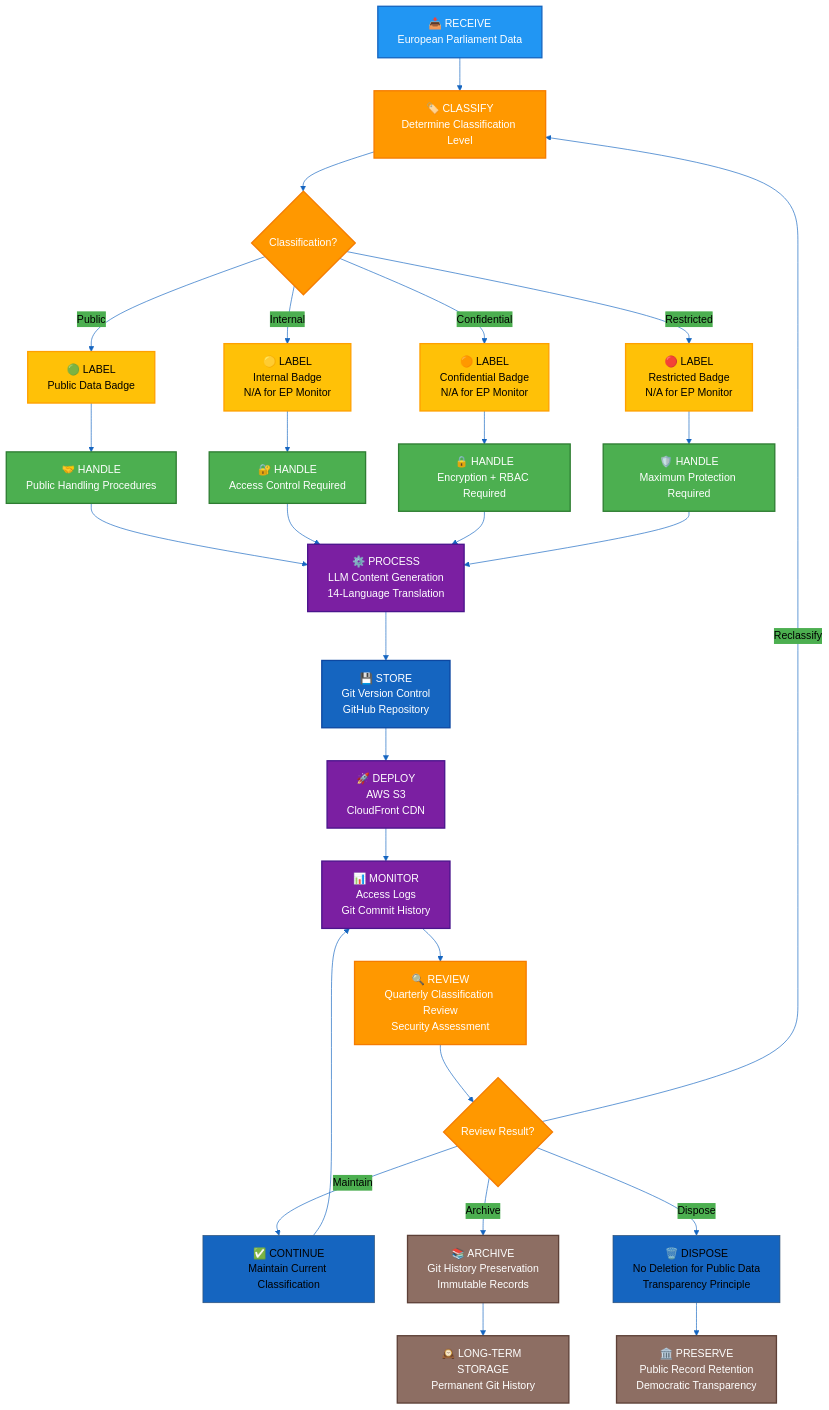
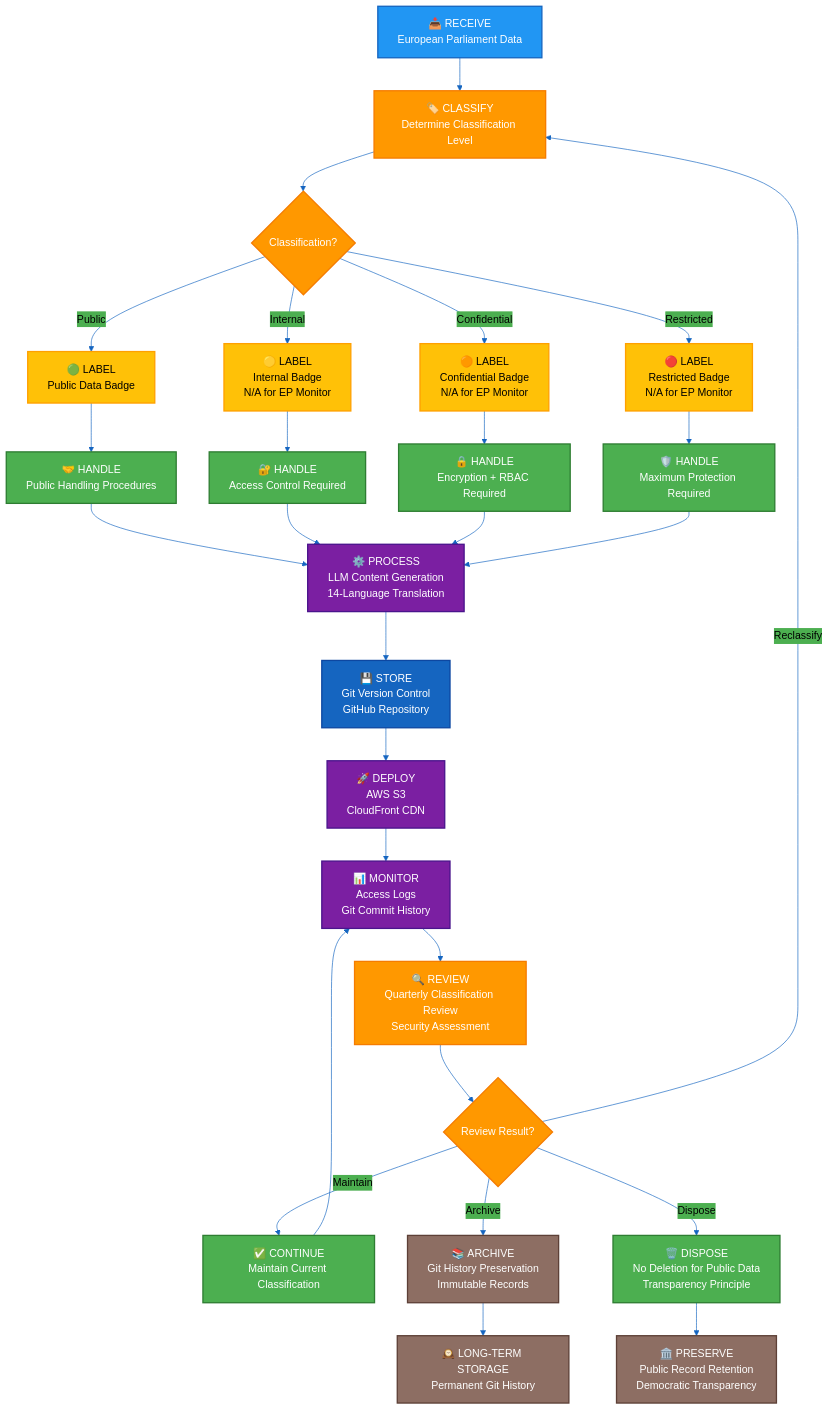
One commit to Hack23/euparliamentmonitor changed the fourth of 4 diagrams in CLASSIFICATION.md. Above: the diagram before and after it, drawn with Mermaid. The commit also changed other lines of this file, not shown here.

Commit message:
docs: fix GDPR accuracy, GPG signing claims, retention inconsistency, undefined classDef, TLS version, and SHA hash claims

````diff
--- a/CLASSIFICATION.md
+++ b/CLASSIFICATION.md
@@ -860,72 +860,73 @@
 ```mermaid
 %%{
   init: {
     'theme': 'base',
     'themeVariables': {
       'primaryColor': '#1565C0',
       'primaryTextColor': '#0D47A1',
       'lineColor': '#1565C0',
       'secondaryColor': '#4CAF50',
       'tertiaryColor': '#FF9800'
     }
   }
 }%%
 flowchart TB
     START[📥 RECEIVE<br/>European Parliament Data] --> CLASSIFY[🏷️ CLASSIFY<br/>Determine Classification Level]
     
     CLASSIFY --> CLASSIFY_DECISION{Classification?}
     
     CLASSIFY_DECISION -->|Public| LABEL_PUBLIC[🟢 LABEL<br/>Public Data Badge]
     CLASSIFY_DECISION -->|Internal| LABEL_INTERNAL[🟡 LABEL<br/>Internal Badge<br/>N/A for EP Monitor]
     CLASSIFY_DECISION -->|Confidential| LABEL_CONF[🟠 LABEL<br/>Confidential Badge<br/>N/A for EP Monitor]
     CLASSIFY_DECISION -->|Restricted| LABEL_REST[🔴 LABEL<br/>Restricted Badge<br/>N/A for EP Monitor]
     
     LABEL_PUBLIC --> HANDLE_PUBLIC[🤝 HANDLE<br/>Public Handling Procedures]
     LABEL_INTERNAL --> HANDLE_INTERNAL[🔐 HANDLE<br/>Access Control Required]
     LABEL_CONF --> HANDLE_CONF[🔒 HANDLE<br/>Encryption + RBAC Required]
     LABEL_REST --> HANDLE_REST[🛡️ HANDLE<br/>Maximum Protection Required]
     
     HANDLE_PUBLIC --> PROCESS[⚙️ PROCESS<br/>LLM Content Generation<br/>14-Language Translation]
     HANDLE_INTERNAL --> PROCESS
     HANDLE_CONF --> PROCESS
     HANDLE_REST --> PROCESS
     
     PROCESS --> STORE[💾 STORE<br/>Git Version Control<br/>GitHub Repository]
     
     STORE --> DEPLOY[🚀 DEPLOY<br/>AWS S3<br/>CloudFront CDN]
     
     DEPLOY --> MONITOR[📊 MONITOR<br/>Access Logs<br/>Git Commit History]
     
     MONITOR --> REVIEW[🔍 REVIEW<br/>Quarterly Classification Review<br/>Security Assessment]
     
     REVIEW --> REVIEW_DECISION{Review Result?}
     
     REVIEW_DECISION -->|Reclassify| CLASSIFY
     REVIEW_DECISION -->|Maintain| CONTINUE[✅ CONTINUE<br/>Maintain Current Classification]
     REVIEW_DECISION -->|Archive| ARCHIVE[📚 ARCHIVE<br/>Git History Preservation<br/>Immutable Records]
     REVIEW_DECISION -->|Dispose| DISPOSE[🗑️ DISPOSE<br/>No Deletion for Public Data<br/>Transparency Principle]
     
     CONTINUE --> MONITOR
     ARCHIVE --> LONG_TERM[🕰️ LONG-TERM STORAGE<br/>Permanent Git History]
     DISPOSE --> PRESERVE[🏛️ PRESERVE<br/>Public Record Retention<br/>Democratic Transparency]
     
     classDef start fill:#2196F3,stroke:#1565C0,stroke-width:2px,color:#ffffff
     classDef classify fill:#FF9800,stroke:#F57C00,stroke-width:2px,color:#ffffff
     classDef label fill:#FFC107,stroke:#FFA000,stroke-width:2px,color:#000000
     classDef handle fill:#4CAF50,stroke:#2E7D32,stroke-width:2px,color:#ffffff
     classDef process fill:#7B1FA2,stroke:#4A148C,stroke-width:2px,color:#ffffff
     classDef store fill:#1565C0,stroke:#0D47A1,stroke-width:2px,color:#ffffff
     classDef decision fill:#FF9800,stroke:#F57C00,stroke-width:2px,color:#ffffff
     classDef archive fill:#8D6E63,stroke:#5D4037,stroke-width:2px,color:#ffffff
     classDef critical fill:#D32F2F,stroke:#B71C1C,stroke-width:2px,color:#ffffff
+    classDef success fill:#4CAF50,stroke:#2E7D32,stroke-width:2px,color:#ffffff
     
     class START start
     class CLASSIFY,REVIEW classify
     class CLASSIFY_DECISION,REVIEW_DECISION decision
     class LABEL_PUBLIC,LABEL_INTERNAL,LABEL_CONF,LABEL_REST label
     class HANDLE_PUBLIC,HANDLE_INTERNAL,HANDLE_CONF,HANDLE_REST handle
     class PROCESS,DEPLOY,MONITOR process
     class STORE store
     class ARCHIVE,LONG_TERM,PRESERVE archive
     class DISPOSE,CONTINUE success
 ```
````
